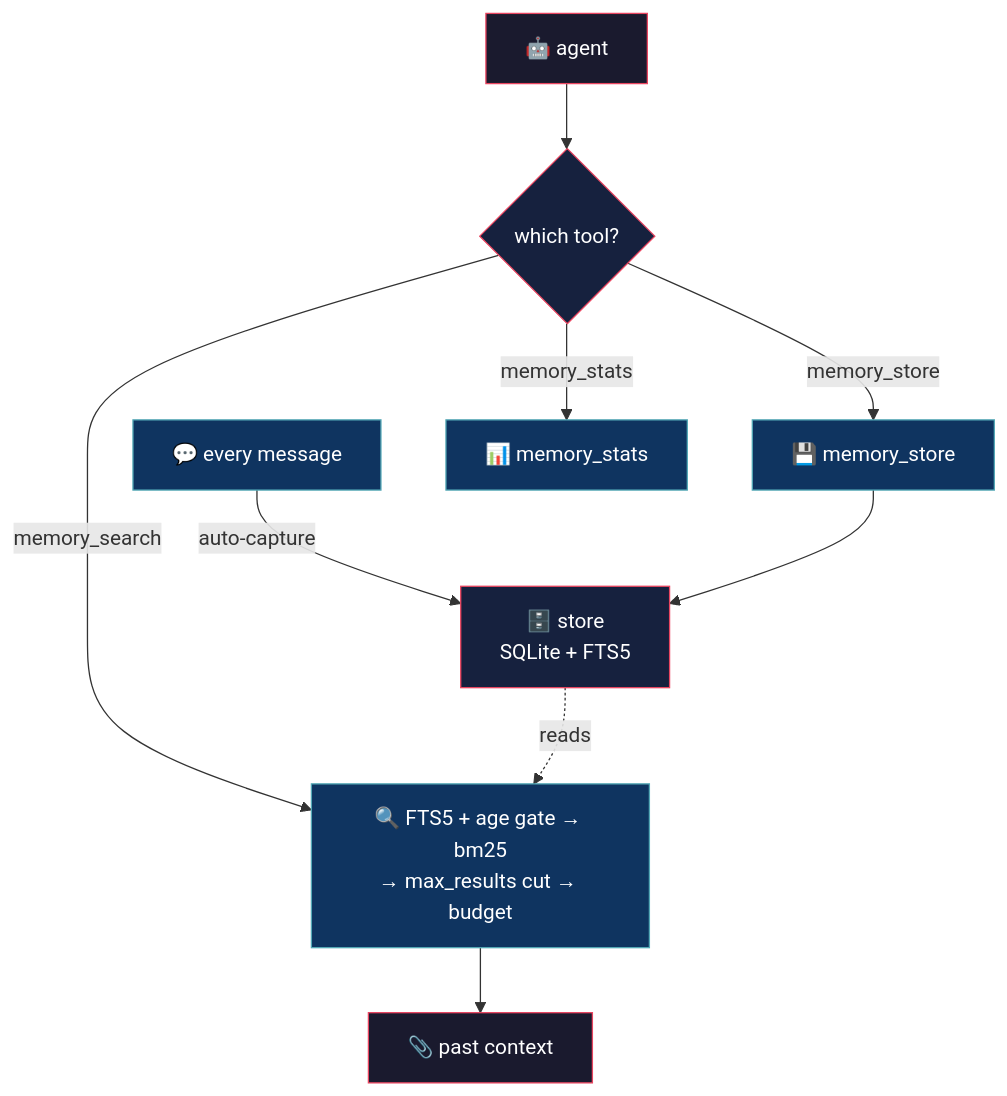
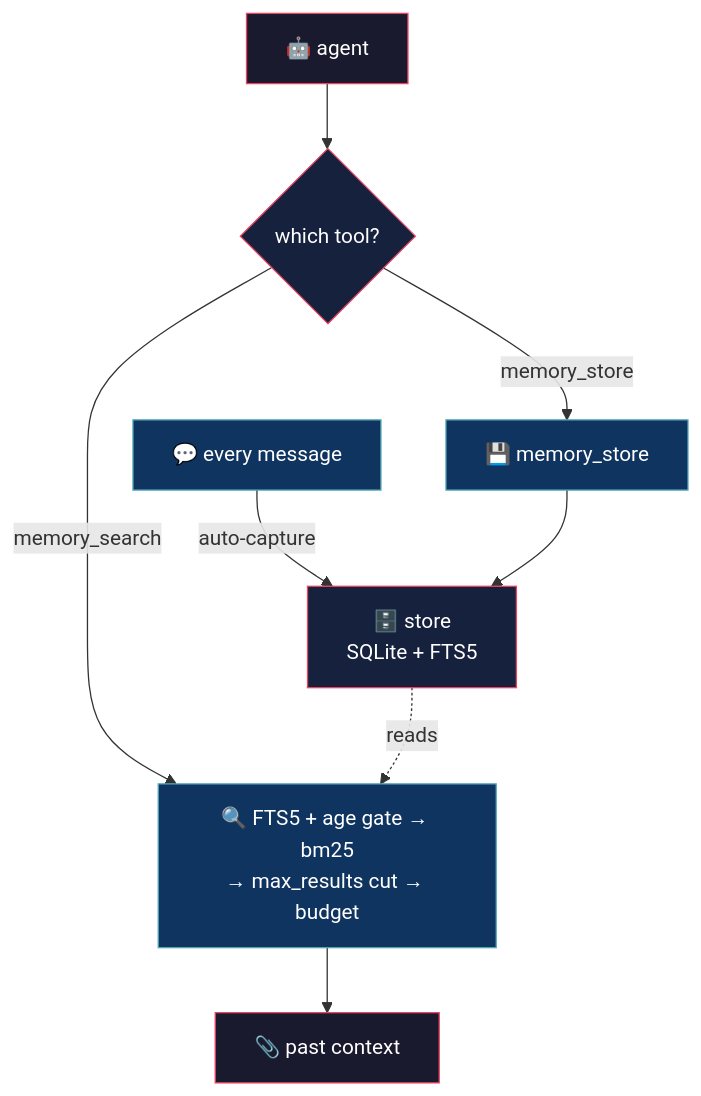
One commit to alejo54dev/opencode-deep-memory changed the diagram in README.md. Above: the diagram before and after it, drawn with Mermaid. The commit also changed other lines of this file and 1 other file, not shown here.

Commit message:
feat: deep-memory v1.1.31 — remove memory_stats tool

````diff
--- a/README.md
+++ b/README.md
@@ -41,23 +39,21 @@
 ```mermaid
 flowchart TD
     AGENT["🤖 agent"] --> D{"which tool?"}
 
     MSG["💬 every message"] -->|"auto-capture"| STORE["🗄️ store<br/>SQLite + FTS5"]
 
     D -->|"memory_search"| READ["🔍 FTS5 + age gate → bm25<br/>→ max_results cut → budget"]
     D -->|"memory_store"| WRITE["💾 memory_store"]
-    D -->|"memory_stats"| STATS["📊 memory_stats"]
 
     WRITE --> STORE
     STORE -. "reads" .-> READ
     READ --> OUT["📎 past context"]
 
     style AGENT fill:#1a1a2e,stroke:#e94560,color:#fff
     style D fill:#16213e,stroke:#e94560,color:#fff
     style MSG fill:#0f3460,stroke:#53a8b6,color:#fff
     style STORE fill:#16213e,stroke:#e94560,color:#fff
     style READ fill:#0f3460,stroke:#53a8b6,color:#fff
     style WRITE fill:#0f3460,stroke:#53a8b6,color:#fff
-    style STATS fill:#0f3460,stroke:#53a8b6,color:#fff
     style OUT fill:#1a1a2e,stroke:#e94560,color:#fff
 ```
````
